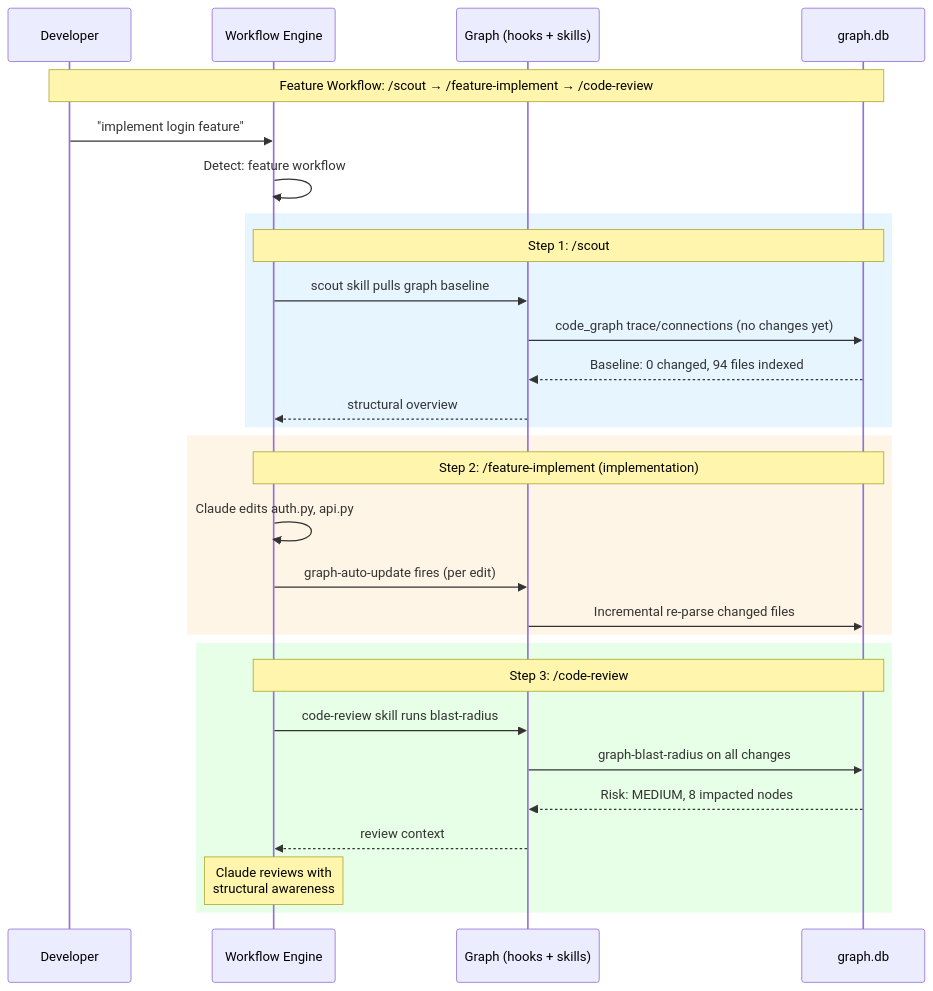
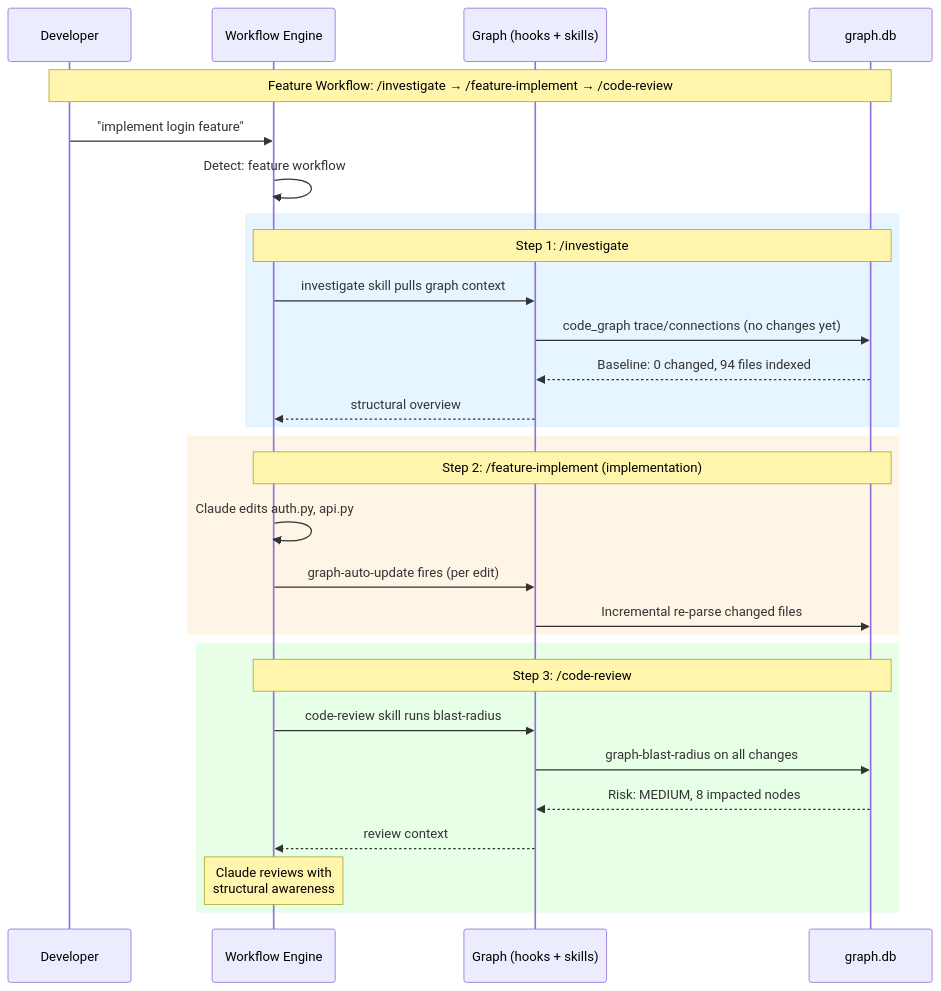
Before and after one commit to duc01226/easy-claude: the sixth of 8 diagrams in .claude/docs/code-graph-mechanism.md, drawn with Mermaid. The commit also changed other lines of this file and 517 other files, not shown here.

````diff
--- a/.claude/docs/code-graph-mechanism.md
+++ b/.claude/docs/code-graph-mechanism.md
@@ -545,36 +545,36 @@
 ```mermaid
 sequenceDiagram
     participant Dev as Developer
     participant WF as Workflow Engine
     participant Hook as Graph (hooks + skills)
     participant Graph as graph.db
 
-    Note over Dev,Graph: Feature Workflow: /scout → /feature-implement → /code-review
+    Note over Dev,Graph: Feature Workflow: /investigate → /feature-implement → /code-review
 
     Dev->>WF: "implement login feature"
     WF->>WF: Detect: feature workflow
 
     rect rgb(230, 245, 255)
-        Note over WF,Graph: Step 1: /scout
-        WF->>Hook: scout skill pulls graph baseline
+        Note over WF,Graph: Step 1: /investigate
+        WF->>Hook: investigate skill pulls graph context
         Hook->>Graph: code_graph trace/connections (no changes yet)
         Graph-->>Hook: Baseline: 0 changed, 94 files indexed
         Hook-->>WF: structural overview
     end
 
     rect rgb(255, 245, 230)
         Note over WF,Graph: Step 2: /feature-implement (implementation)
         WF->>WF: Claude edits auth.py, api.py
         WF->>Hook: graph-auto-update fires (per edit)
         Hook->>Graph: Incremental re-parse changed files
     end
 
     rect rgb(230, 255, 230)
         Note over WF,Graph: Step 3: /code-review
         WF->>Hook: code-review skill runs blast-radius
         Hook->>Graph: graph-blast-radius on all changes
         Graph-->>Hook: Risk: MEDIUM, 8 impacted nodes
         Hook-->>WF: review context
         Note over WF: Claude reviews with<br/>structural awareness
     end
 ```
````
